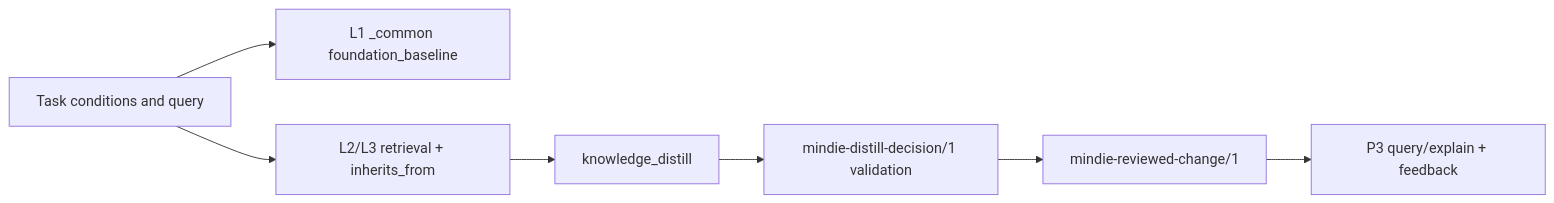
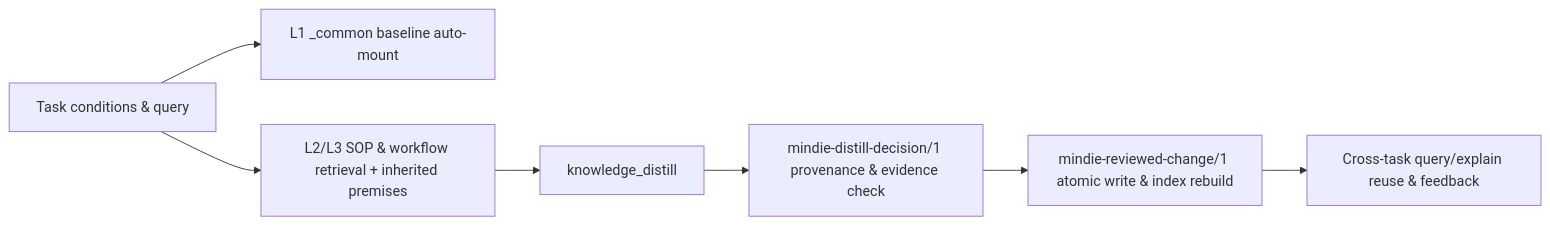
Before and after one commit to grandolantow/mindie-agent: the diagram in docs/knowledge-system.en.md, drawn with Mermaid. The commit also changed other lines of this file and 17 other files, not shown here.

Commit message:
docs(rsi): integrate AMD-AGI/GEAK and Apple ml-rsi-inference-bench RSI safeguards and architecture alignment

````diff
--- a/docs/knowledge-system.en.md
+++ b/docs/knowledge-system.en.md
@@ -88,9 +71,9 @@
 ```mermaid
 flowchart LR
-    Q["Task conditions and query"] --> F["L1 _common foundation_baseline"]
-    Q --> R["L2/L3 retrieval + inherits_from"]
+    Q["Task conditions & query"] --> F["L1 _common baseline auto-mount"]
+    Q --> R["L2/L3 SOP & workflow retrieval + inherited premises"]
     R --> H["knowledge_distill"]
-    H --> V["mindie-distill-decision/1 validation"]
-    V --> C["mindie-reviewed-change/1"]
-    C --> P3["P3 query/explain + feedback"]
+    H --> V["mindie-distill-decision/1 provenance & evidence check"]
+    V --> C["mindie-reviewed-change/1 atomic write & index rebuild"]
+    C --> P3["Cross-task query/explain reuse & feedback"]
 ```
````
